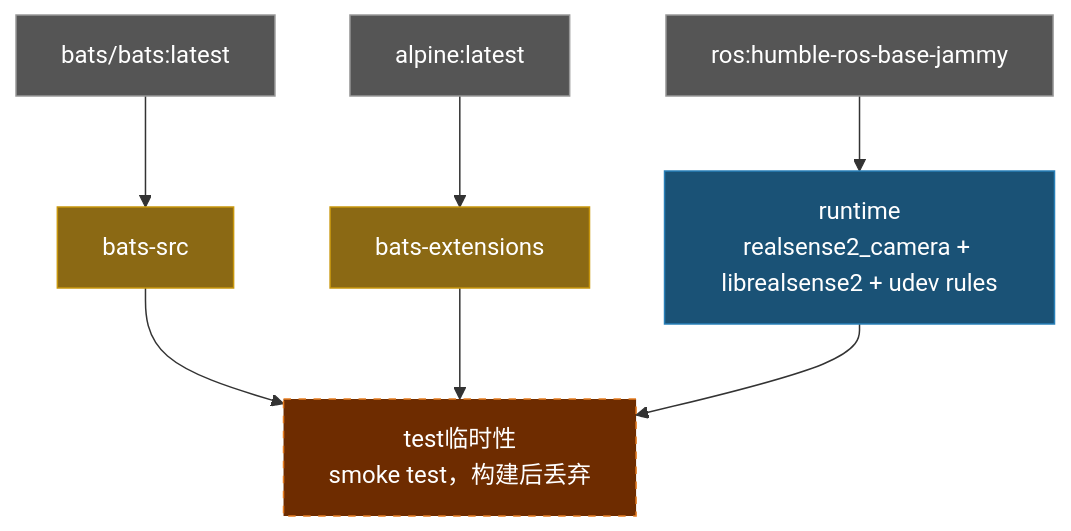
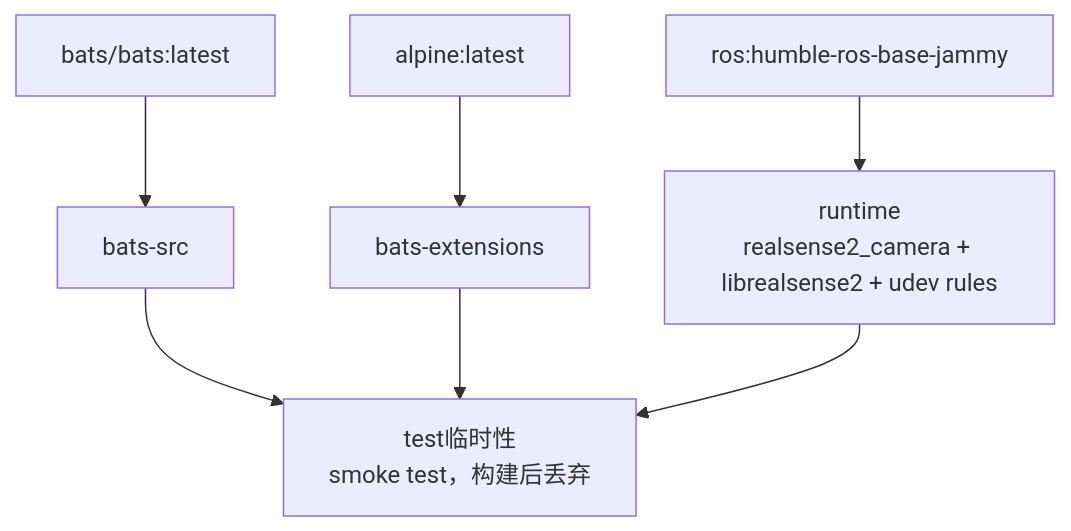
One commit to ycpss91255-docker/realsense_humble changed the diagram in doc/README.zh-CN.md. Above: the diagram before and after it, drawn with Mermaid. The commit also changed 3 other files, not shown here.

Commit message:
docs: remove mermaid background colors from architecture diagrams (#15)

````diff
--- a/doc/README.zh-CN.md
+++ b/doc/README.zh-CN.md
@@ -88,20 +88,16 @@
 ```mermaid
 graph TD
-    EXT1["bats/bats:latest"]:::external
-    EXT2["alpine:latest"]:::external
-    EXT3["ros:humble-ros-base-jammy"]:::external
+    EXT1["bats/bats:latest"]
+    EXT2["alpine:latest"]
+    EXT3["ros:humble-ros-base-jammy"]
 
-    EXT1 --> bats-src["bats-src"]:::tool
-    EXT2 --> bats-ext["bats-extensions"]:::tool
+    EXT1 --> bats-src["bats-src"]
+    EXT2 --> bats-ext["bats-extensions"]
 
-    EXT3 --> runtime["runtime\nrealsense2_camera + librealsense2 + udev rules"]:::stage
+    EXT3 --> runtime["runtime\nrealsense2_camera + librealsense2 + udev rules"]
 
-    bats-src --> test["test临时性\nsmoke test，构建后丢弃"]:::ephemeral
+    bats-src --> test["test临时性\nsmoke test，构建后丢弃"]
     bats-ext --> test
     runtime --> test
 
-    classDef external fill:#555,color:#fff,stroke:#999
-    classDef tool fill:#8B6914,color:#fff,stroke:#c8960c
-    classDef stage fill:#1a5276,color:#fff,stroke:#2980b9
-    classDef ephemeral fill:#6e2c00,color:#fff,stroke:#e67e22,stroke-dasharray:5 5
 ```
````
